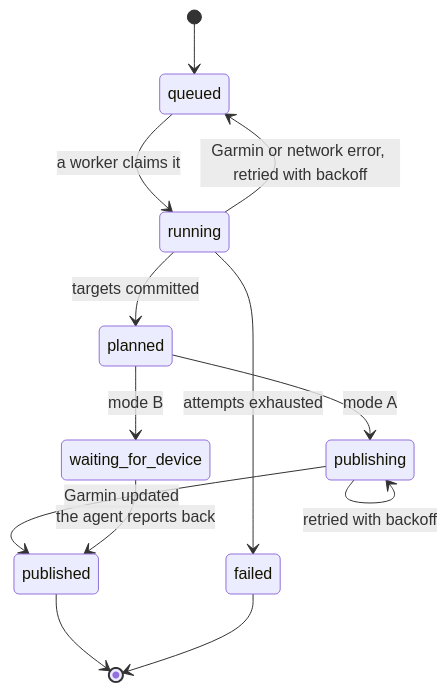
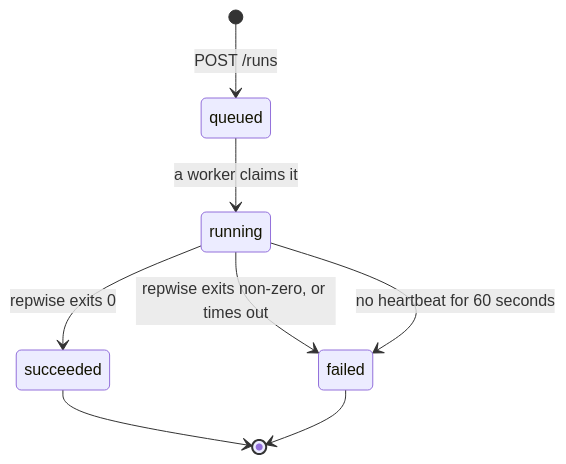
One commit to theadzik/repwise changed the fourth of 6 diagrams in PLAN.md. Above: the diagram before and after it, drawn with Mermaid. The commit also changed other lines of this file and 1 other file, not shown here.

````diff
--- a/PLAN.md
+++ b/PLAN.md
@@ -525,15 +248,10 @@
 ```mermaid
 stateDiagram-v2
-    [*] --> queued
+    [*] --> queued: POST /runs
     queued --> running: a worker claims it
-    running --> planned: targets committed
-    running --> queued: Garmin or network error, retried with backoff
-    running --> failed: attempts exhausted
-    planned --> publishing: mode A
-    planned --> waiting_for_device: mode B
-    publishing --> published: Garmin updated
-    publishing --> publishing: retried with backoff
-    waiting_for_device --> published: the agent reports back
-    published --> [*]
+    running --> succeeded: repwise exits 0
+    running --> failed: repwise exits non-zero, or times out
+    running --> failed: no heartbeat for 60 seconds
+    succeeded --> [*]
     failed --> [*]
 ```
````
